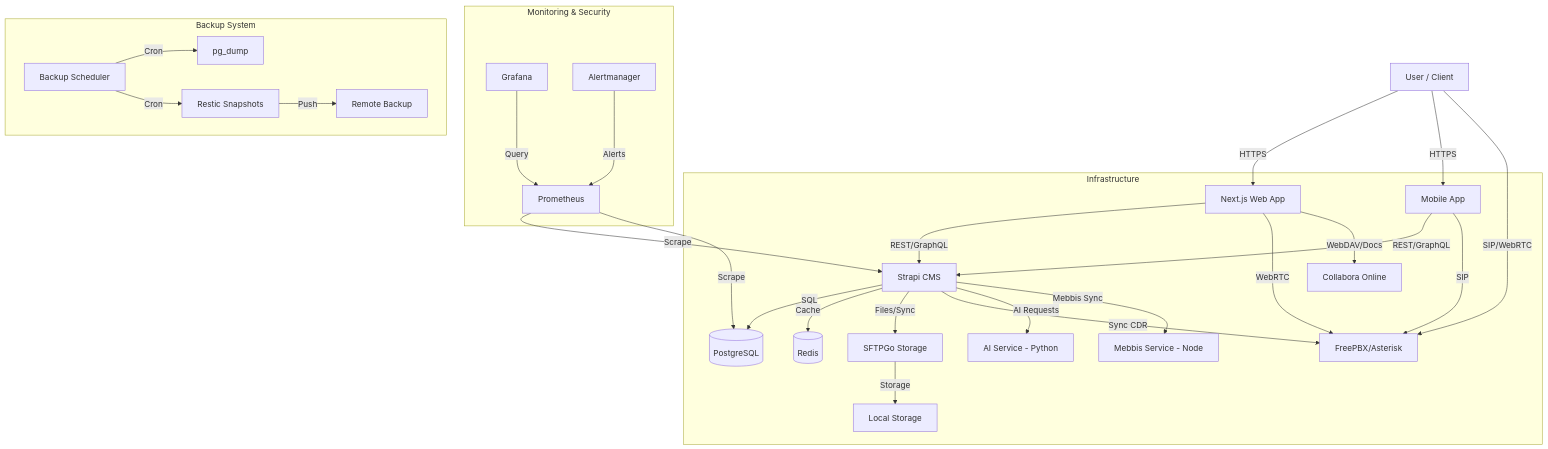
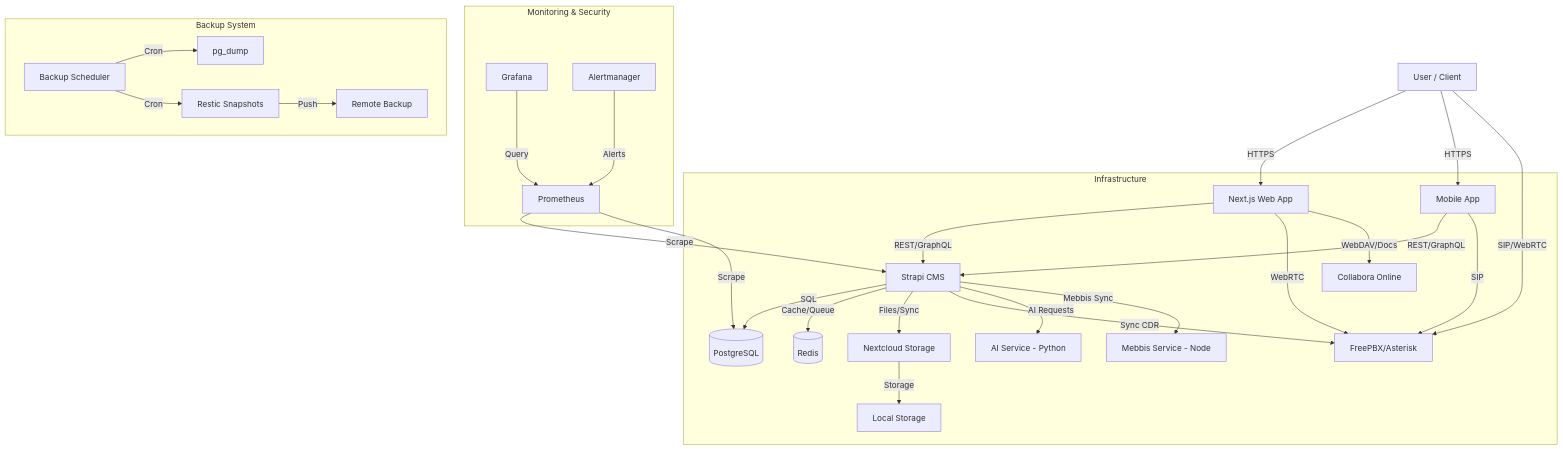
Before and after one commit to brnakblt/arkadas-core: the diagram in docs/ARCHITECTURE.md, drawn with Mermaid. The commit also changed other lines of this file and 89 other files, not shown here.

````diff
--- a/docs/ARCHITECTURE.md
+++ b/docs/ARCHITECTURE.md
@@ -9,36 +9,36 @@
 ```mermaid
 graph TD
     User[User / Client] -->|HTTPS| Web[Next.js Web App]
     User -->|HTTPS| Mobile[Mobile App]
     User -->|SIP/WebRTC| PBX[FreePBX/Asterisk]
     
     subgraph "Infrastructure"
         Web -->|REST/GraphQL| Strapi[Strapi CMS]
         Mobile -->|REST/GraphQL| Strapi
         
         Strapi -->|SQL| Postgres[(PostgreSQL)]
-        Strapi -->|Cache| Redis[(Redis)]
-        Strapi -->|Files/Sync| SFTPGo[SFTPGo Storage]
+        Strapi -->|Cache/Queue| Redis[(Redis)]
+        Strapi -->|Files/Sync| Nextcloud[Nextcloud Storage]
         Strapi -->|Sync CDR| PBX
         Strapi -->|AI Requests| AI[AI Service - Python]
         Strapi -->|Mebbis Sync| Mebbis[Mebbis Service - Node]
         
         Web -->|WebRTC| PBX
         Mobile -->|SIP| PBX
         Web -->|WebDAV/Docs| Collabora[Collabora Online]
-        SFTPGo -->|Storage| Disk[Local Storage]
+        Nextcloud -->|Storage| Disk[Local Storage]
     end
 
     subgraph "Monitoring & Security"
         Prometheus -->|Scrape| Strapi
         Prometheus -->|Scrape| Postgres
         Grafana -->|Query| Prometheus
         Alertmanager -->|Alerts| Prometheus
     end
 
     subgraph "Backup System"
         Scheduler[Backup Scheduler] -->|Cron| PG_Dump[pg_dump]
         Scheduler -->|Cron| Restic[Restic Snapshots]
         Restic -->|Push| S3_Backup[Remote Backup]
     end
 ```
````
